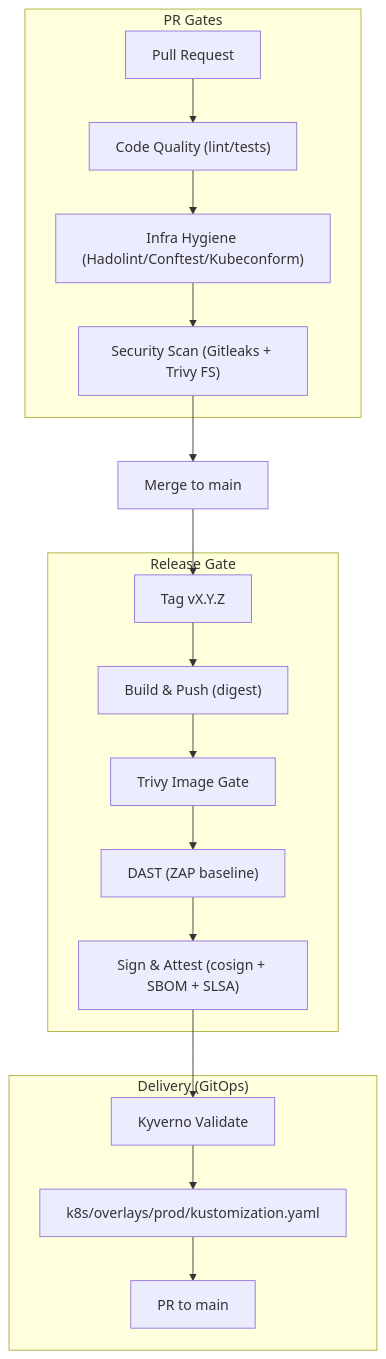
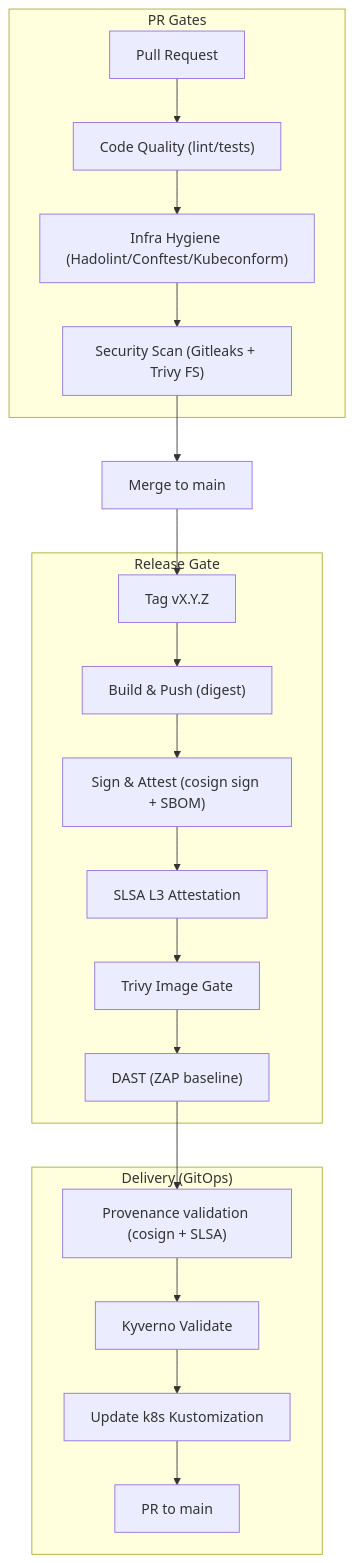
One commit to agslima/software-delivery-pipeline changed the diagram in README.md. Above: the diagram before and after it, drawn with Mermaid. The commit also changed 1 other file, not shown here.

Commit message:
chore: update GitOps workflow and readme  (#251)
* Update README.md

* ci: Update gitops-enforce.yml

* Update README.md

* Update gitops-enforce.yml

* Update gitops-enforce.yml

---------

````diff
--- a/README.md
+++ b/README.md
@@ -88,24 +88,26 @@
 ```mermaid
 graph TD
     subgraph "PR Gates"
         A[Pull Request] --> B["Code Quality (lint/tests)"]
         B --> C["Infra Hygiene (Hadolint/Conftest/Kubeconform)"]
         C --> D["Security Scan (Gitleaks + Trivy FS)"]
     end
 
     D --> E[Merge to main]
     E --> F[Tag vX.Y.Z]
 
     subgraph "Release Gate"
         F --> G["Build & Push (digest)"]
-        G --> H[Trivy Image Gate]
-        H --> I["DAST (ZAP baseline)"]
-        I --> J["Sign & Attest (cosign + SBOM + SLSA)"]
+        G --> H["Sign & Attest (cosign sign + SBOM)"]
+        H --> I[SLSA L3 Attestation]
+        I --> J[Trivy Image Gate]
+        J --> K["DAST (ZAP baseline)"]
     end
 
     subgraph "Delivery (GitOps)"
-        J --> K[Kyverno Validate]
-        K --> L[k8s/overlays/prod/kustomization.yaml]
-        L --> M[PR to main]
+        K --> L["Provenance validation (cosign + SLSA)" ]
+        L --> M[Kyverno Validate]
+        M --> N[Update k8s Kustomization]
+        N --> O[PR to main]
     end
 ```
````
